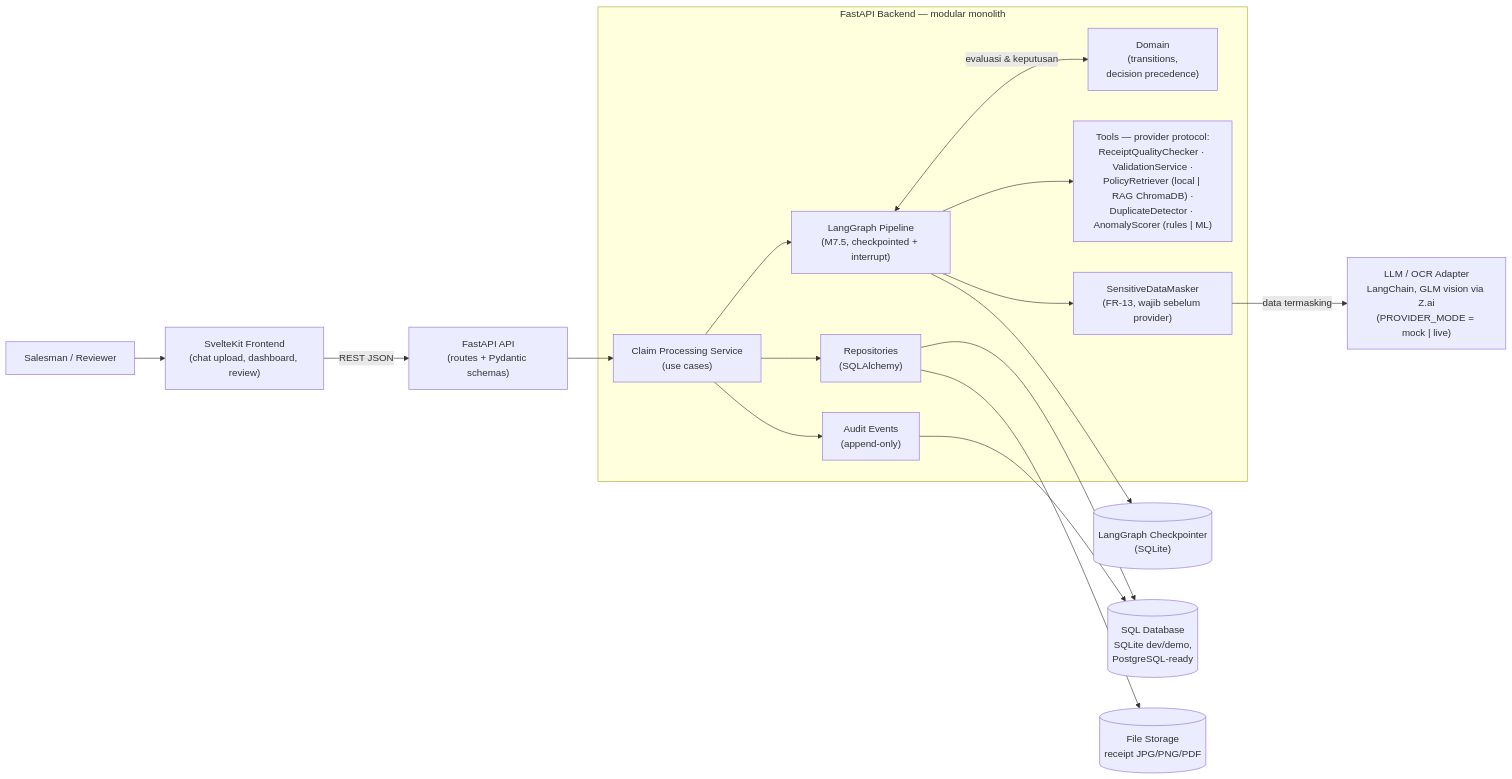
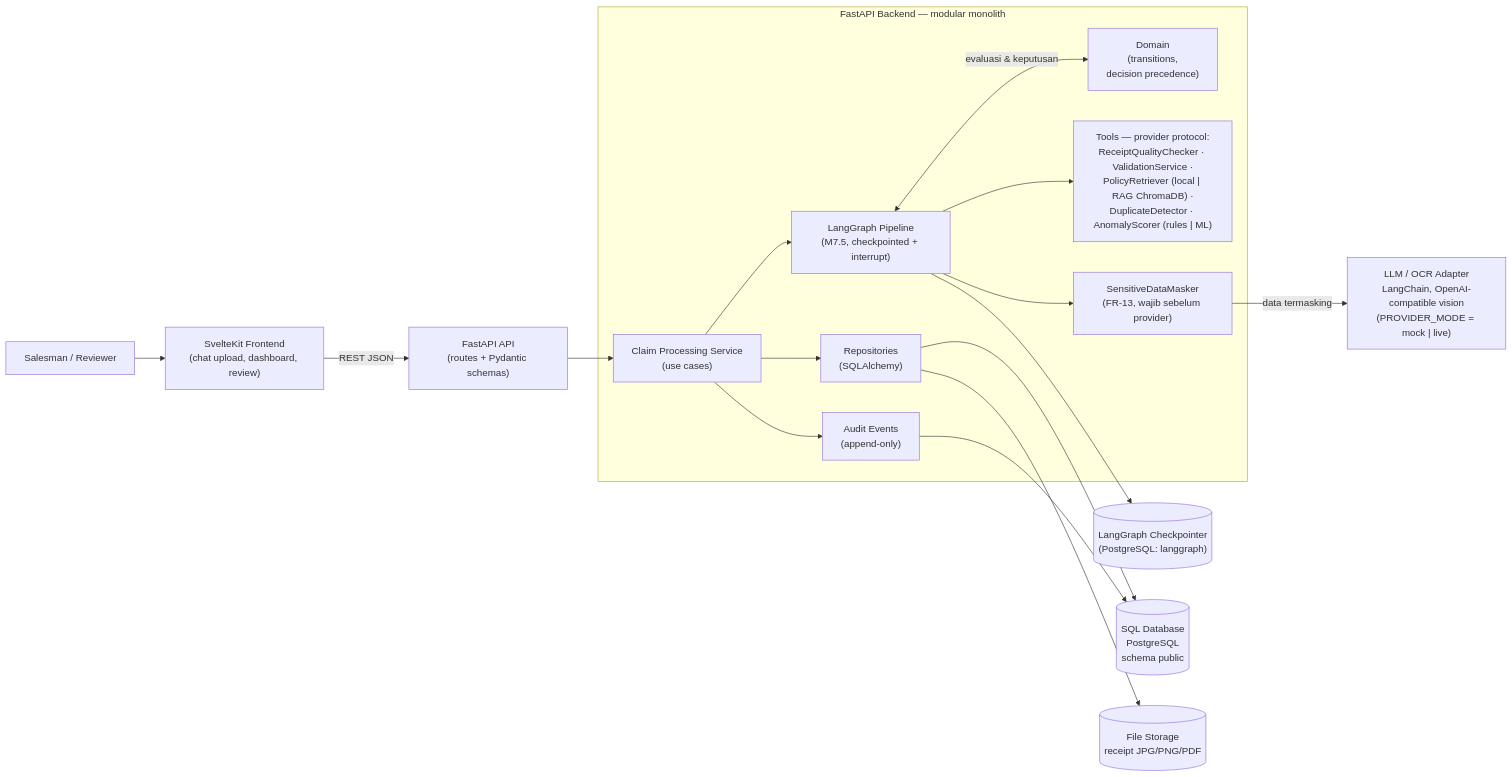
Before and after one commit to mrizalbasri/Tera: the diagram in docs/diagrams/architecture.mmd, drawn with Mermaid. The commit also changed 15 other files, not shown here.

Commit message:
feat(backend): persist claims and graph checkpoints in postgres

```diff
--- a/docs/diagrams/architecture.mmd
+++ b/docs/diagrams/architecture.mmd
@@ -1,20 +1,20 @@
 flowchart LR
     U["Salesman / Reviewer"] --> FE["SvelteKit Frontend<br/>(chat upload, dashboard, review)"]
     FE -->|"REST JSON"| API["FastAPI API<br/>(routes + Pydantic schemas)"]
 
     subgraph BE["FastAPI Backend — modular monolith"]
         SVC["Claim Processing Service<br/>(use cases)"] --> LG["LangGraph Pipeline<br/>(M7.5, checkpointed + interrupt)"]
         LG <-->|"evaluasi & keputusan"| DOM["Domain<br/>(transitions,<br/>decision precedence)"]
         LG --> TOOLS["Tools — provider protocol:<br/>ReceiptQualityChecker · ValidationService ·<br/>PolicyRetriever (local | RAG ChromaDB) ·<br/>DuplicateDetector · AnomalyScorer (rules | ML)"]
         LG --> MASK["SensitiveDataMasker<br/>(FR-13, wajib sebelum provider)"]
         SVC --> REPO["Repositories<br/>(SQLAlchemy)"]
         SVC --> AUD["Audit Events<br/>(append-only)"]
     end
 
     API --> SVC
-    MASK -->|"data termasking"| EXT["LLM / OCR Adapter<br/>LangChain, GLM vision via Z.ai<br/>(PROVIDER_MODE = mock | live)"]
+    MASK -->|"data termasking"| EXT["LLM / OCR Adapter<br/>LangChain, OpenAI-compatible vision<br/>(PROVIDER_MODE = mock | live)"]
 
-    REPO --> DB[("SQL Database<br/>SQLite dev/demo,<br/>PostgreSQL-ready")]
+    REPO --> DB[("SQL Database<br/>PostgreSQL<br/>schema public")]
     REPO --> FS[("File Storage<br/>receipt JPG/PNG/PDF")]
     AUD --> DB
-    LG --> CP[("LangGraph Checkpointer<br/>(SQLite)")]
+    LG --> CP[("LangGraph Checkpointer<br/>(PostgreSQL: langgraph)")]
```
